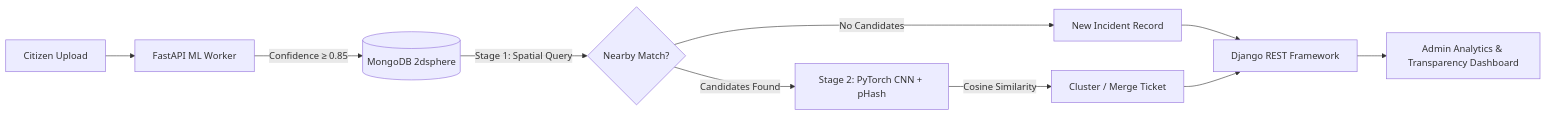
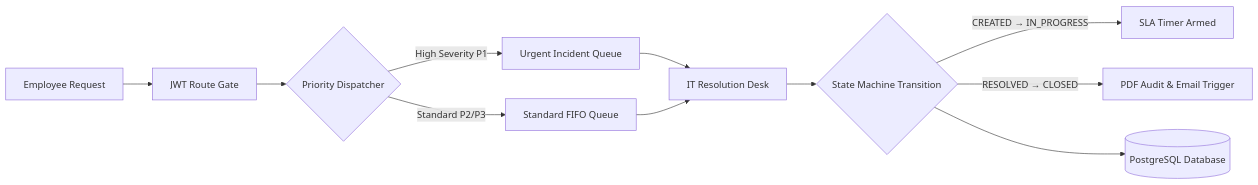
Before and after one commit to Tanish1808/Tanish1808: the first of 2 diagrams in README.md, drawn with Mermaid. The commit also changed other lines of this file and 1 other file, not shown here.

````diff
--- a/README.md
+++ b/README.md
@@ -137,12 +89,13 @@
 ```mermaid
 flowchart LR
-    A[Citizen Upload] --> B[FastAPI ML Worker]
-    B -->|Confidence ≥ 0.85| C[(MongoDB 2dsphere)]
-    C -->|Stage 1: Spatial Query| D{Nearby Match?}
-    D -->|No Candidates| E[New Incident Record]
-    D -->|Candidates Found| F[Stage 2: PyTorch CNN + pHash]
-    F -->|Cosine Similarity| G[Cluster / Merge Ticket]
-    E --> H[Django REST Framework]
-    G --> H
-    H --> I[Admin Analytics & Transparency Dashboard]
+    A[Employee Request] --> B[JWT Route Gate]
+    B --> C{Priority Dispatcher}
+    C -->|High Severity P1| D[Urgent Incident Queue]
+    C -->|Standard P2/P3| E[Standard FIFO Queue]
+    D --> F[IT Resolution Desk]
+    E --> F
+    F --> G{State Machine Transition}
+    G -->|CREATED → IN_PROGRESS| H[SLA Timer Armed]
+    G -->|RESOLVED → CLOSED| I[PDF Audit & Email Trigger]
+    G --> J[(PostgreSQL Database)]
 ```
````
